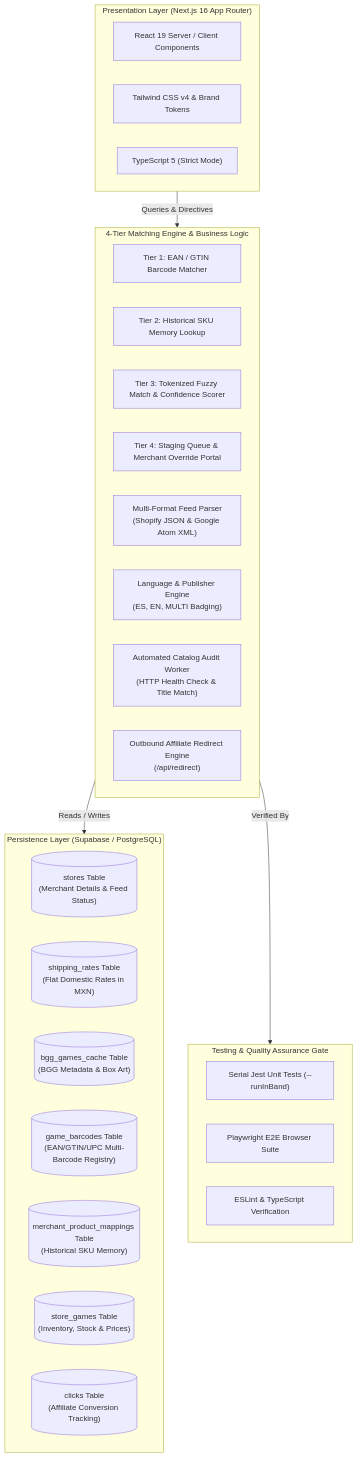
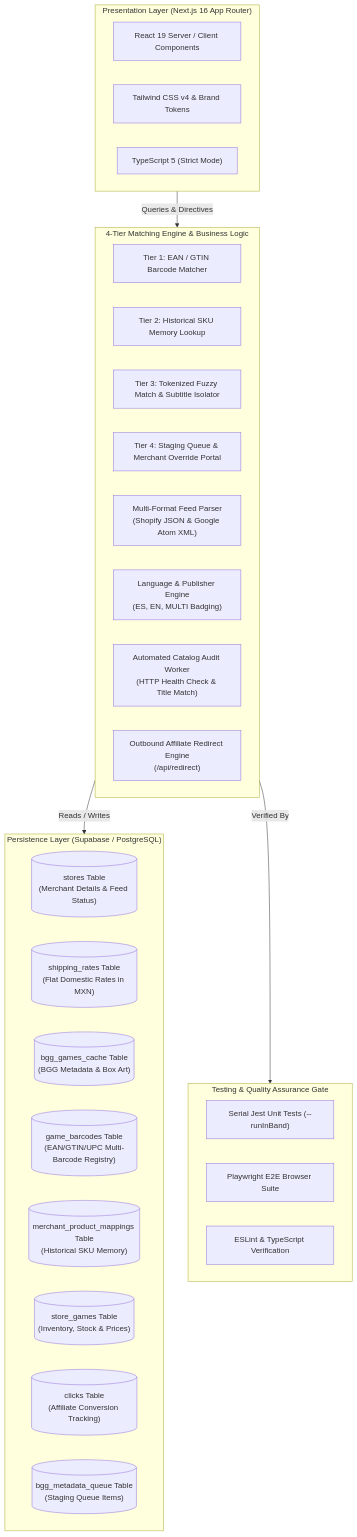
Before and after one commit to zapata131/elmeeple-tienda: the first of 4 diagrams in MASTER_SPECIFICATION.md, drawn with Mermaid. The commit also changed other lines of this file, not shown here.

````diff
--- a/MASTER_SPECIFICATION.md
+++ b/MASTER_SPECIFICATION.md
@@ -86,39 +86,40 @@
 ```mermaid
 flowchart TD
     subgraph Frontend["Presentation Layer (Next.js 16 App Router)"]
         React["React 19 Server / Client Components"]
         Tailwind["Tailwind CSS v4 & Brand Tokens"]
         TS["TypeScript 5 (Strict Mode)"]
     end
 
     subgraph CoreEngine["4-Tier Matching Engine & Business Logic"]
         Tier1["Tier 1: EAN / GTIN Barcode Matcher"]
         Tier2["Tier 2: Historical SKU Memory Lookup"]
-        Tier3["Tier 3: Tokenized Fuzzy Match & Confidence Scorer"]
+        Tier3["Tier 3: Tokenized Fuzzy Match & Subtitle Isolator"]
         Tier4["Tier 4: Staging Queue & Merchant Override Portal"]
         FeedParser["Multi-Format Feed Parser<br/>(Shopify JSON & Google Atom XML)"]
         LanguageDetector["Language & Publisher Engine<br/>(ES, EN, MULTI Badging)"]
         AuditWorker["Automated Catalog Audit Worker<br/>(HTTP Health Check & Title Match)"]
         RedirectEngine["Outbound Affiliate Redirect Engine<br/>(/api/redirect)"]
     end
 
     subgraph DataLayer["Persistence Layer (Supabase / PostgreSQL)"]
         StoresDB[("stores Table<br/>(Merchant Details & Feed Status)")]
         ShippingDB[("shipping_rates Table<br/>(Flat Domestic Rates in MXN)")]
         BggCache[("bgg_games_cache Table<br/>(BGG Metadata & Box Art)")]
         GameBarcodes[("game_barcodes Table<br/>(EAN/GTIN/UPC Multi-Barcode Registry)")]
         MerchantMappings[("merchant_product_mappings Table<br/>(Historical SKU Memory)")]
         StoreGames[("store_games Table<br/>(Inventory, Stock & Prices)")]
         ClicksLog[("clicks Table<br/>(Affiliate Conversion Tracking)")]
+        QueueDB[("bgg_metadata_queue Table<br/>(Staging Queue Items)")]
     end
 
     subgraph VerificationGate["Testing & Quality Assurance Gate"]
         Jest["Serial Jest Unit Tests (--runInBand)"]
         Playwright["Playwright E2E Browser Suite"]
         Eslint["ESLint & TypeScript Verification"]
     end
 
     Frontend -->|Queries & Directives| CoreEngine
     CoreEngine -->|Reads / Writes| DataLayer
     CoreEngine -->|Verified By| VerificationGate
 ```
````
